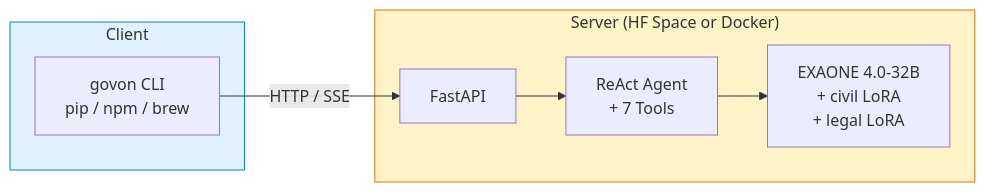
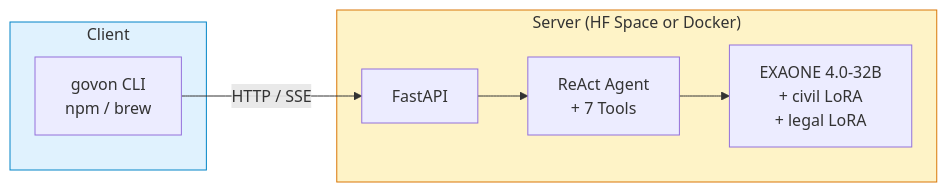
The diagram in README.md (ondevice-ai-civil/ondevice-ai-civil-complaint), drawn with Mermaid before and after one commit. The commit also changed other lines of this file and 2 other files, not shown here.

First line of the commit message:
chore: bump to 1.5.0 — npm/brew/native installer only, README refresh (#688)

````diff
--- a/README.md
+++ b/README.md
@@ -166,17 +165,17 @@
 ```mermaid
 graph LR
     subgraph Client
-        CLI["govon CLI<br/>pip / npm / brew"]
+        CLI["govon CLI<br/>npm / brew"]
     end
 
     subgraph Server ["Server (HF Space or Docker)"]
         API["FastAPI"]
         AGENT["ReAct Agent<br/>+ 7 Tools"]
         LLM["EXAONE 4.0-32B<br/>+ civil LoRA<br/>+ legal LoRA"]
     end
 
     CLI -- "HTTP / SSE" --> API --> AGENT --> LLM
 
     style Client fill:#e0f2fe,stroke:#0284c7
     style Server fill:#fef3c7,stroke:#d97706
 ```
````
